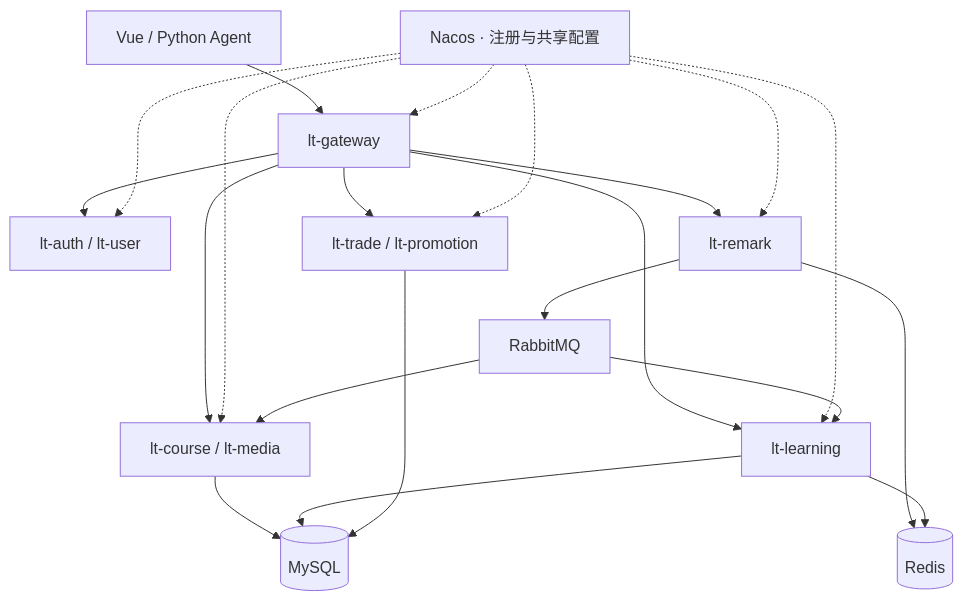
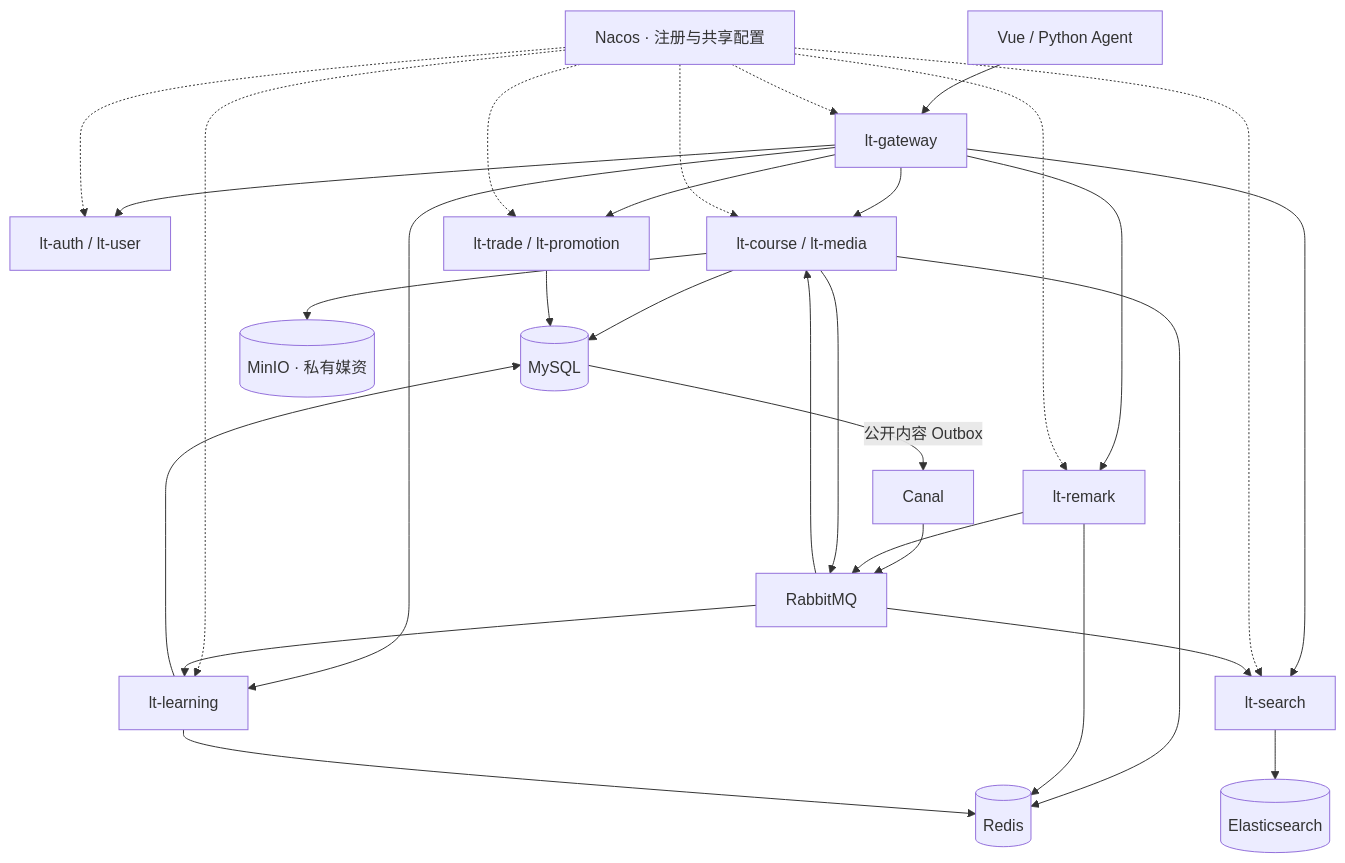
One commit to sXiang555/LearnTrail changed the first of 2 diagrams in docs/backend-architecture.md. Above: the diagram before and after it, drawn with Mermaid. The commit also changed other lines of this file and 3 other files, not shown here.

Commit message:
docs: update platform and Agent architecture

````diff
--- a/docs/backend-architecture.md
+++ b/docs/backend-architecture.md
@@ -11,14 +11,18 @@
 ```mermaid
 flowchart TB
     Web[Vue / Python Agent] --> Gateway[lt-gateway]
     Gateway --> Auth[lt-auth / lt-user]
     Gateway --> Content[lt-course / lt-media]
     Gateway --> Learning[lt-learning]
     Gateway --> Commerce[lt-trade / lt-promotion]
     Gateway --> Remark[lt-remark]
-    Nacos[Nacos · 注册与共享配置] -.-> Gateway & Auth & Content & Learning & Commerce & Remark
+    Gateway --> Search[lt-search]
+    Nacos[Nacos · 注册与共享配置] -.-> Gateway & Auth & Content & Learning & Commerce & Remark & Search
     Content & Learning & Commerce --> DB[(MySQL)]
-    Remark & Learning --> Cache[(Redis)]
-    Remark --> MQ[RabbitMQ]
-    MQ --> Content & Learning
+    Content & Remark & Learning --> Cache[(Redis)]
+    Content --> MinIO[(MinIO · 私有媒资)]
+    DB -->|公开内容 Outbox| Canal[Canal]
+    Canal & Remark & Content --> MQ[RabbitMQ]
+    MQ --> Content & Learning & Search
+    Search --> ES[(Elasticsearch)]
 ```
````
